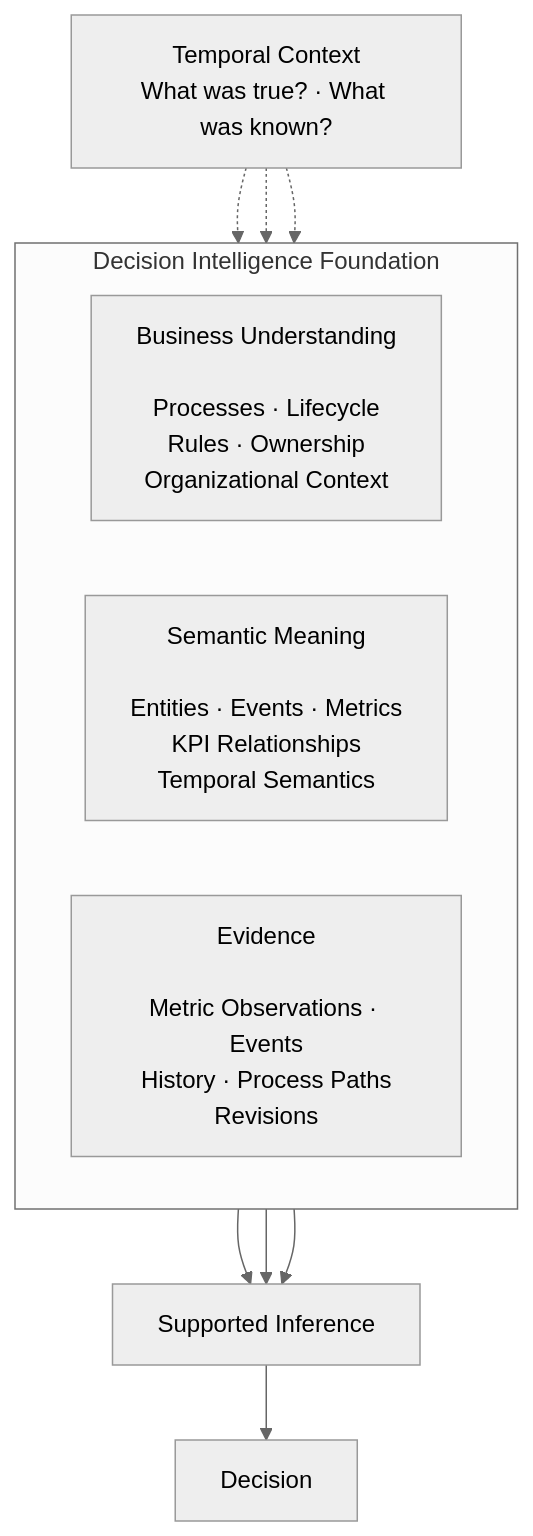
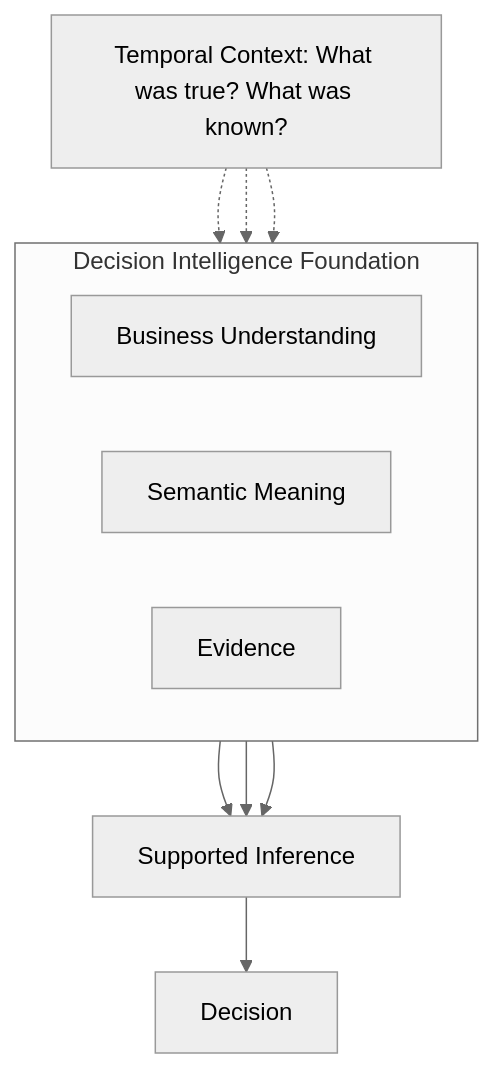
One commit to androviperian/semantic_warehouse_framework changed the third of 12 diagrams in book/01-from-reporting-to-decision-intelligence.md. Above: the diagram before and after it, drawn with Mermaid (neutral theme). The commit also changed other lines of this file, not shown here.

Commit message:
Repair and complete chapter 1 Mermaid diagrams

````diff
--- a/book/01-from-reporting-to-decision-intelligence.md
+++ b/book/01-from-reporting-to-decision-intelligence.md
@@ -182,19 +156,17 @@
 ```mermaid
 flowchart TB
-    subgraph F["Decision Intelligence Foundation"]
+    subgraph Foundation["Decision Intelligence Foundation"]
         direction LR
-        B["Business Understanding<br/><br/>Processes · Lifecycle<br/>Rules · Ownership<br/>Organizational Context"]
-        S["Semantic Meaning<br/><br/>Entities · Events · Metrics<br/>KPI Relationships<br/>Temporal Semantics"]
-        E["Evidence<br/><br/>Metric Observations · Events<br/>History · Process Paths<br/>Revisions"]
+        B["Business Understanding"]
+        S["Semantic Meaning"]
+        E["Evidence"]
     end
-
     B --> I["Supported Inference"]
     S --> I
     E --> I
     I --> D["Decision"]
-
-    T["Temporal Context<br/>What was true? · What was known?"]
+    T["Temporal Context: What was true? What was known?"]
     T -.-> B
     T -.-> S
     T -.-> E
 ```
````
